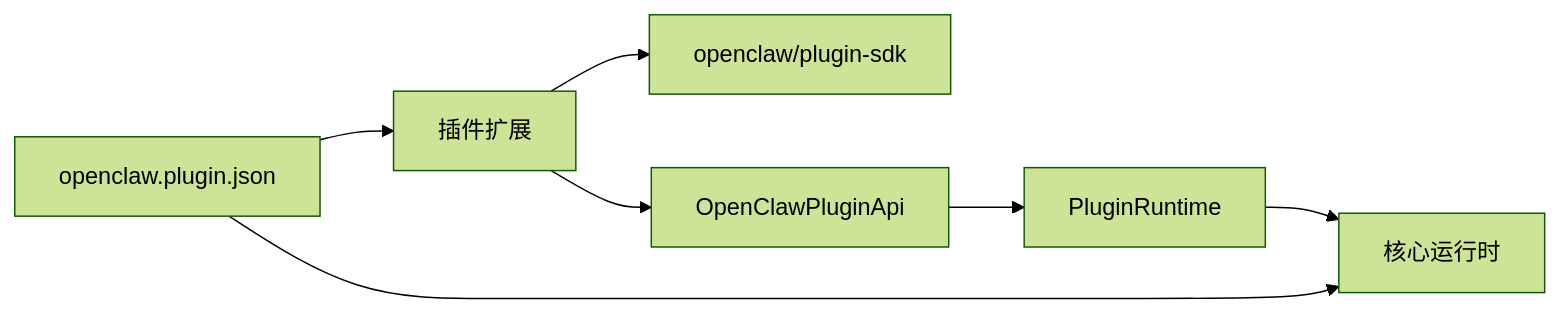
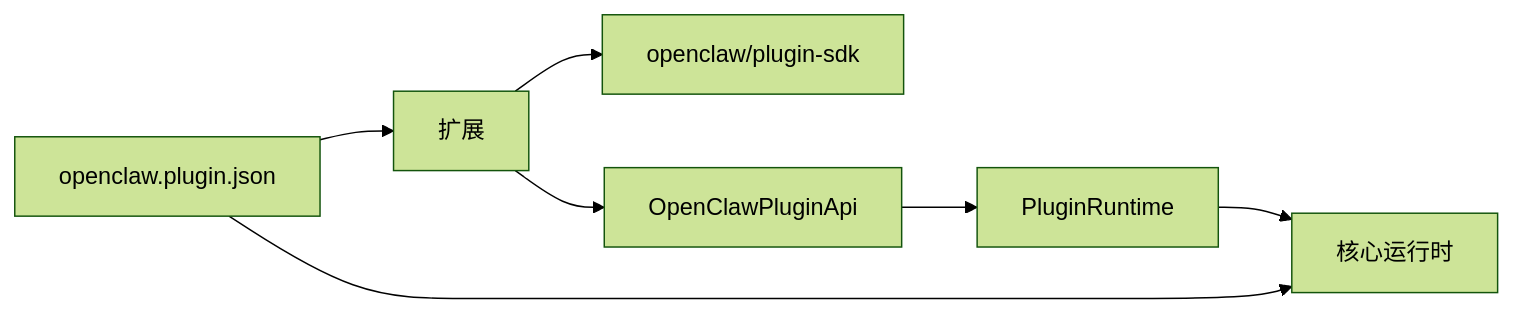
Before and after one commit to verse-ai-org/openclaw: the ninth of 9 diagrams in .qoder/repowiki/zh/content/插件系统/插件系统.md, drawn with Mermaid (forest theme). The commit also changed other lines of this file and 9 other files, not shown here.

````diff
--- a/.qoder/repowiki/zh/content/插件系统/插件系统.md
+++ b/.qoder/repowiki/zh/content/插件系统/插件系统.md
@@ -320,9 +843,9 @@
 ```mermaid
 graph LR
-Ext["插件扩展"] --> SDK["openclaw/plugin-sdk"]
+Ext["扩展"] --> SDK["openclaw/plugin-sdk"]
 Ext --> API["OpenClawPluginApi"]
 API --> RT["PluginRuntime"]
 RT --> Core["核心运行时"]
 Manifest["openclaw.plugin.json"] --> Ext
 Manifest --> Core
 ```
````
